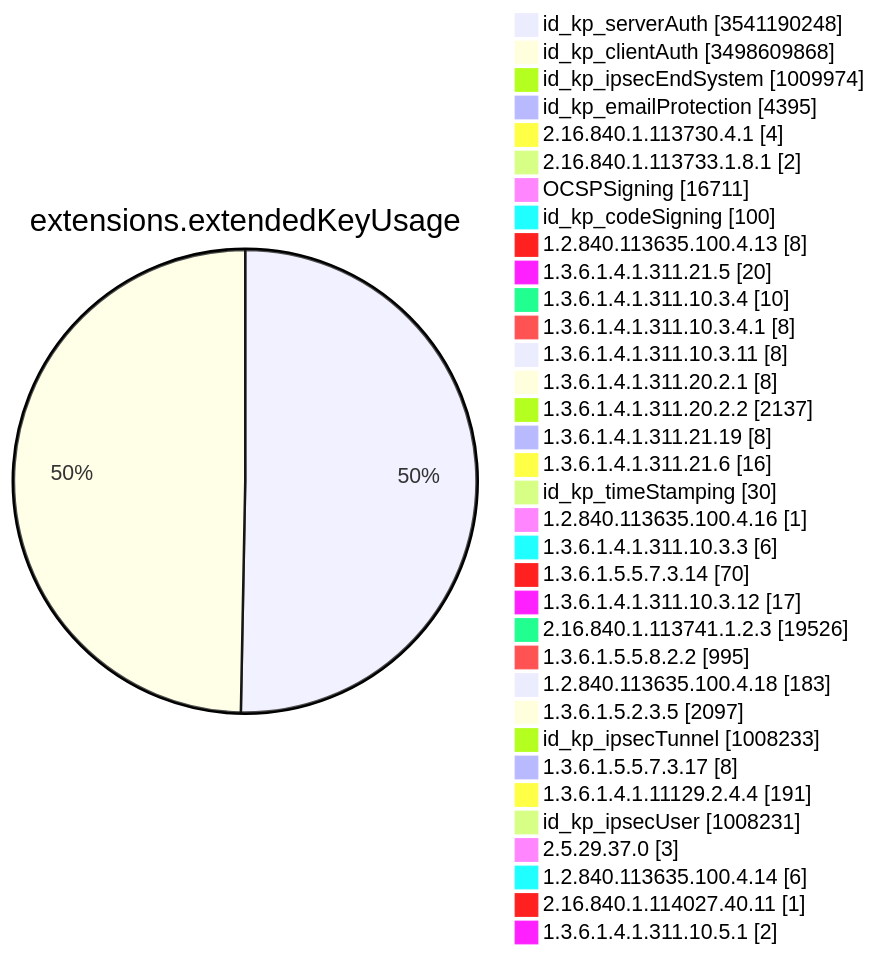
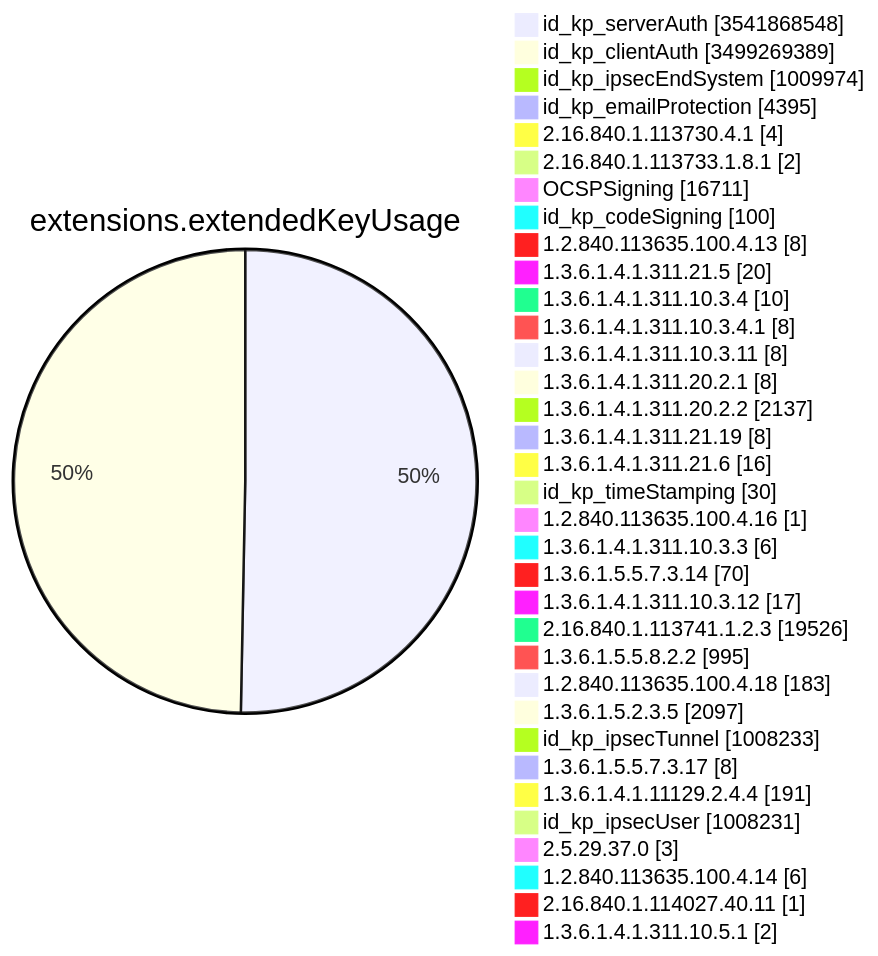
Diagram 11 of 15 in TOTAL/README.md (christiankrug/ctmonitor_visualization), drawn with Mermaid before and after one commit. The commit also changed other lines of this file, not shown here.

````diff
--- a/TOTAL/README.md
+++ b/TOTAL/README.md
@@ -4127,38 +4127,38 @@
 ```mermaid
 pie showData
 title extensions.extendedKeyUsage
-"id_kp_serverAuth" :3541190248
-"id_kp_clientAuth" :3498609868
+"id_kp_serverAuth" :3541868548
+"id_kp_clientAuth" :3499269389
 "id_kp_ipsecEndSystem" :1009974
 "id_kp_emailProtection" :4395
 "2.16.840.1.113730.4.1" :4
 "2.16.840.1.113733.1.8.1" :2
 "OCSPSigning" :16711
 "id_kp_codeSigning" :100
 "1.2.840.113635.100.4.13" :8
 "1.3.6.1.4.1.311.21.5" :20
 "1.3.6.1.4.1.311.10.3.4" :10
 "1.3.6.1.4.1.311.10.3.4.1" :8
 "1.3.6.1.4.1.311.10.3.11" :8
 "1.3.6.1.4.1.311.20.2.1" :8
 "1.3.6.1.4.1.311.20.2.2" :2137
 "1.3.6.1.4.1.311.21.19" :8
 "1.3.6.1.4.1.311.21.6" :16
 "id_kp_timeStamping" :30
 "1.2.840.113635.100.4.16" :1
 "1.3.6.1.4.1.311.10.3.3" :6
 "1.3.6.1.5.5.7.3.14" :70
 "1.3.6.1.4.1.311.10.3.12" :17
 "2.16.840.1.113741.1.2.3" :19526
 "1.3.6.1.5.5.8.2.2" :995
 "1.2.840.113635.100.4.18" :183
 "1.3.6.1.5.2.3.5" :2097
 "id_kp_ipsecTunnel" :1008233
 "1.3.6.1.5.5.7.3.17" :8
 "1.3.6.1.4.1.11129.2.4.4" :191
 "id_kp_ipsecUser" :1008231
 "2.5.29.37.0" :3
 "1.2.840.113635.100.4.14" :6
 "2.16.840.1.114027.40.11" :1
 "1.3.6.1.4.1.311.10.5.1" :2
 ```
````
